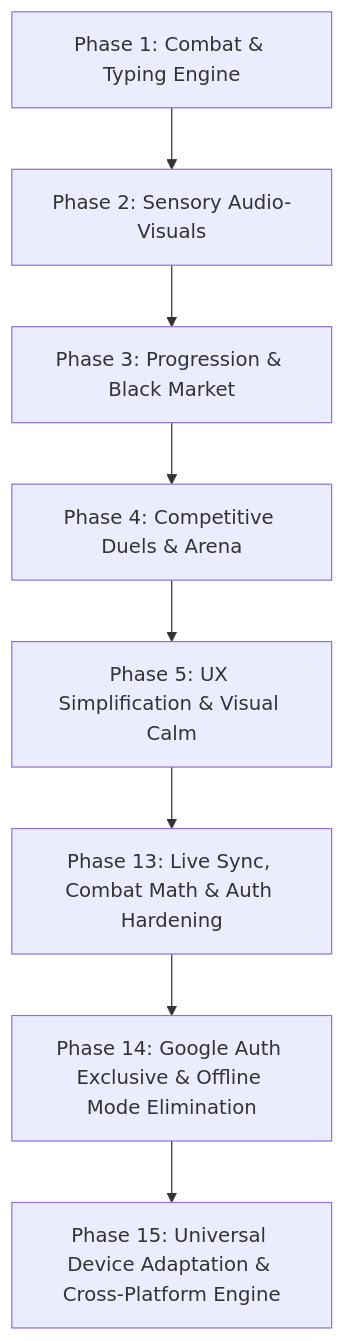
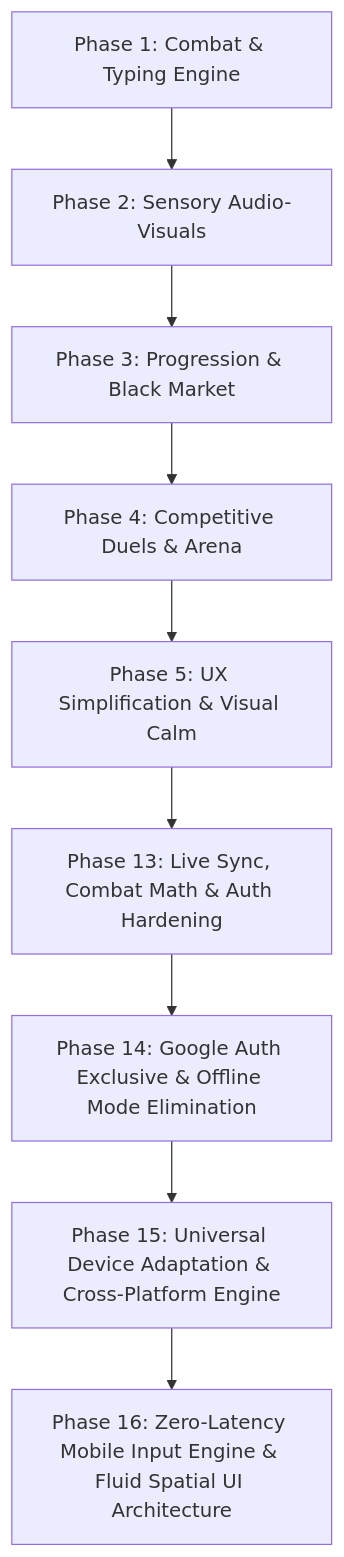
The diagram in .gsd/ROADMAP.md (NathanP278/speedtype), drawn with Mermaid before and after one commit. The commit also changed other lines of this file and 4 other files, not shown here.

Commit message:
docs(plan): author Phase 16 mobile input engine and fluid spatial UI plans

````diff
--- a/.gsd/ROADMAP.md
+++ b/.gsd/ROADMAP.md
@@ -55,10 +60,11 @@
 ```mermaid
 flowchart TD
     P1["Phase 1: Combat & Typing Engine"] --> P2["Phase 2: Sensory Audio-Visuals"]
     P2 --> P3["Phase 3: Progression & Black Market"]
     P3 --> P4["Phase 4: Competitive Duels & Arena"]
     P4 --> P5["Phase 5: UX Simplification & Visual Calm"]
     P5 --> P13["Phase 13: Live Sync, Combat Math & Auth Hardening"]
     P13 --> P14["Phase 14: Google Auth Exclusive & Offline Mode Elimination"]
     P14 --> P15["Phase 15: Universal Device Adaptation & Cross-Platform Engine"]
+    P15 --> P16["Phase 16: Zero-Latency Mobile Input Engine & Fluid Spatial UI Architecture"]
 ```
````
